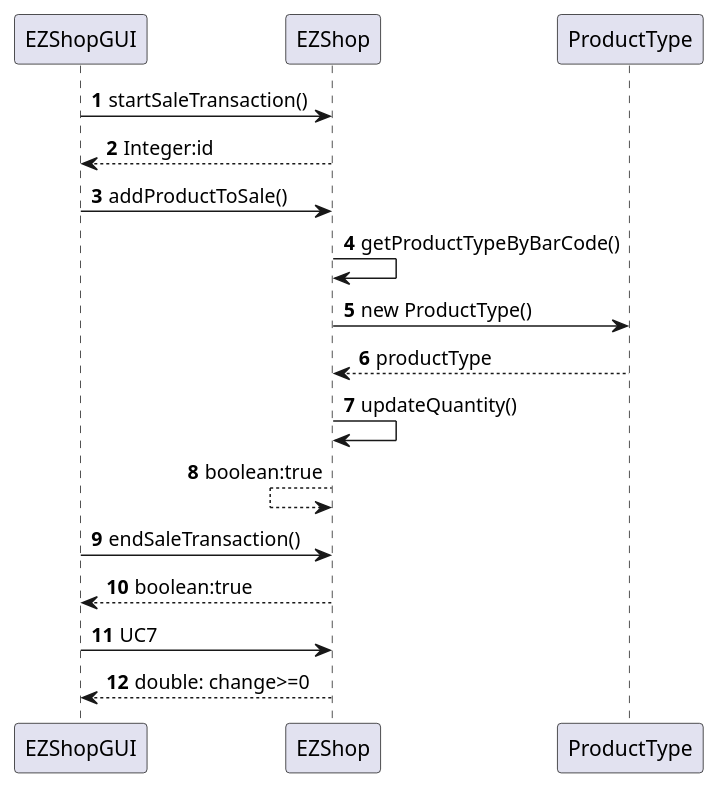
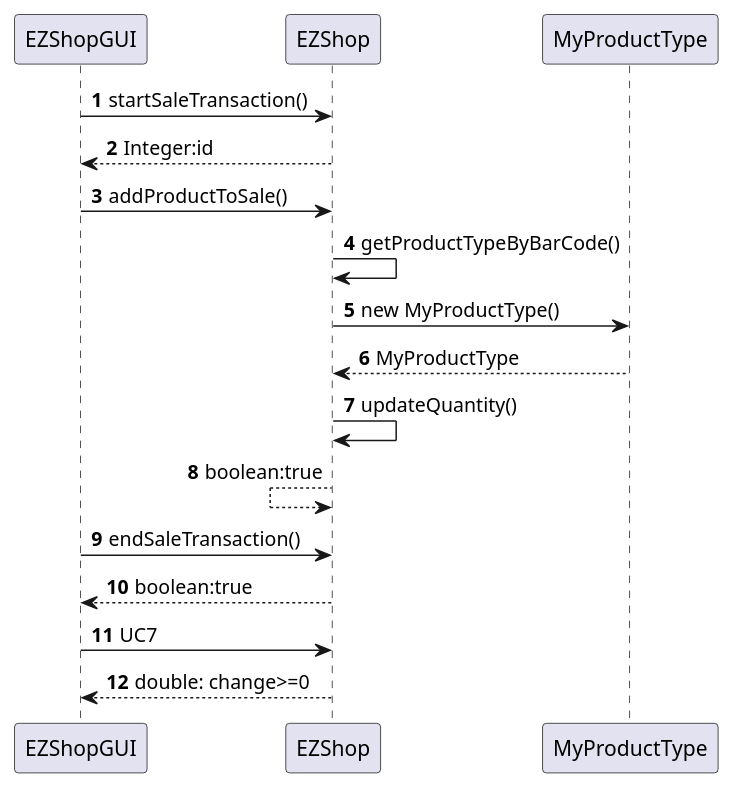
One commit to mkexc/ezshop changed diagram 15 of 22 in Deliverables/DesignDocument.md. Above: the diagram before and after it, drawn with PlantUML. The commit also changed other lines of this file and 160 other files, not shown here.

````diff
--- a/Deliverables/DesignDocument.md
+++ b/Deliverables/DesignDocument.md
@@ -395,17 +387,17 @@
 ```plantuml
 @startuml
 autonumber
 EZShopGUI -> EZShop : startSaleTransaction()
 EZShopGUI <-- EZShop : Integer:id
 EZShopGUI -> EZShop : addProductToSale()
 EZShop -> EZShop : getProductTypeByBarCode()
-EZShop -> ProductType : new ProductType()
-EZShop <-- ProductType : productType
+EZShop -> MyProductType : new MyProductType()
+EZShop <-- MyProductType : MyProductType
 EZShop -> EZShop : updateQuantity()
 EZShop <-- EZShop : boolean:true
 EZShopGUI -> EZShop : endSaleTransaction()
 EZShopGUI <-- EZShop : boolean:true
 EZShopGUI -> EZShop : UC7
 EZShopGUI <-- EZShop : double: change>=0
 @enduml
 ```
````
